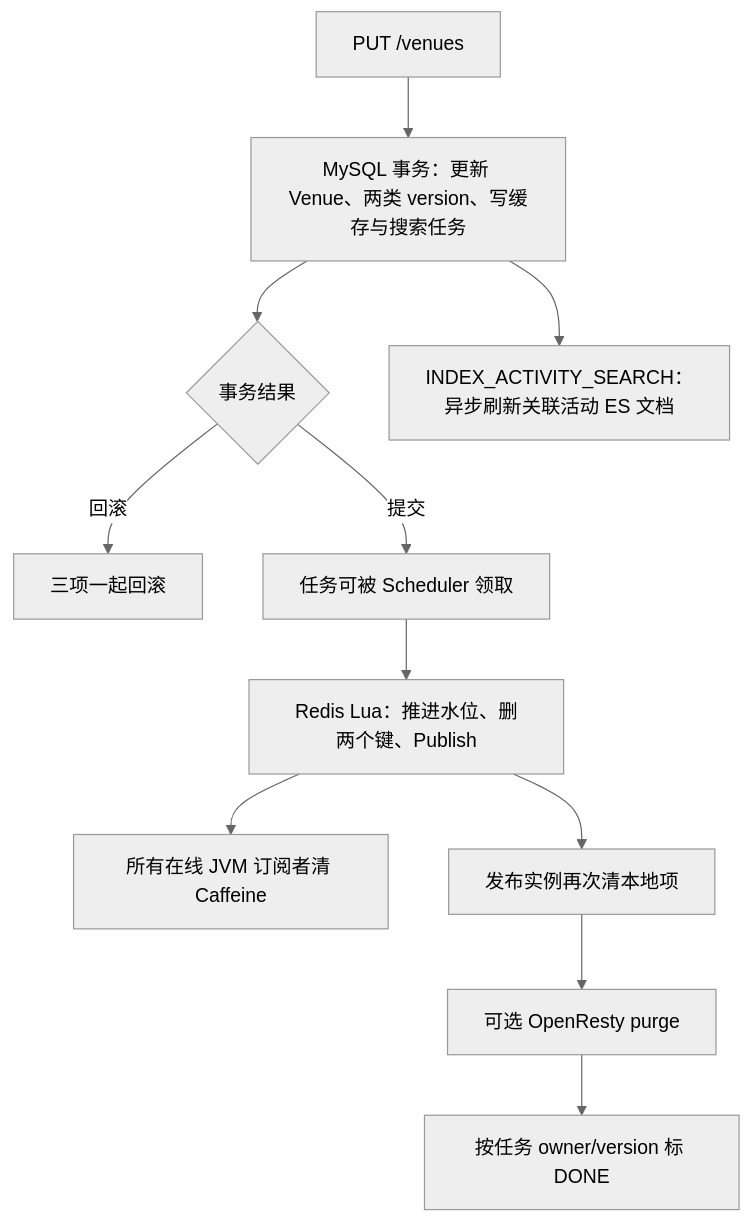
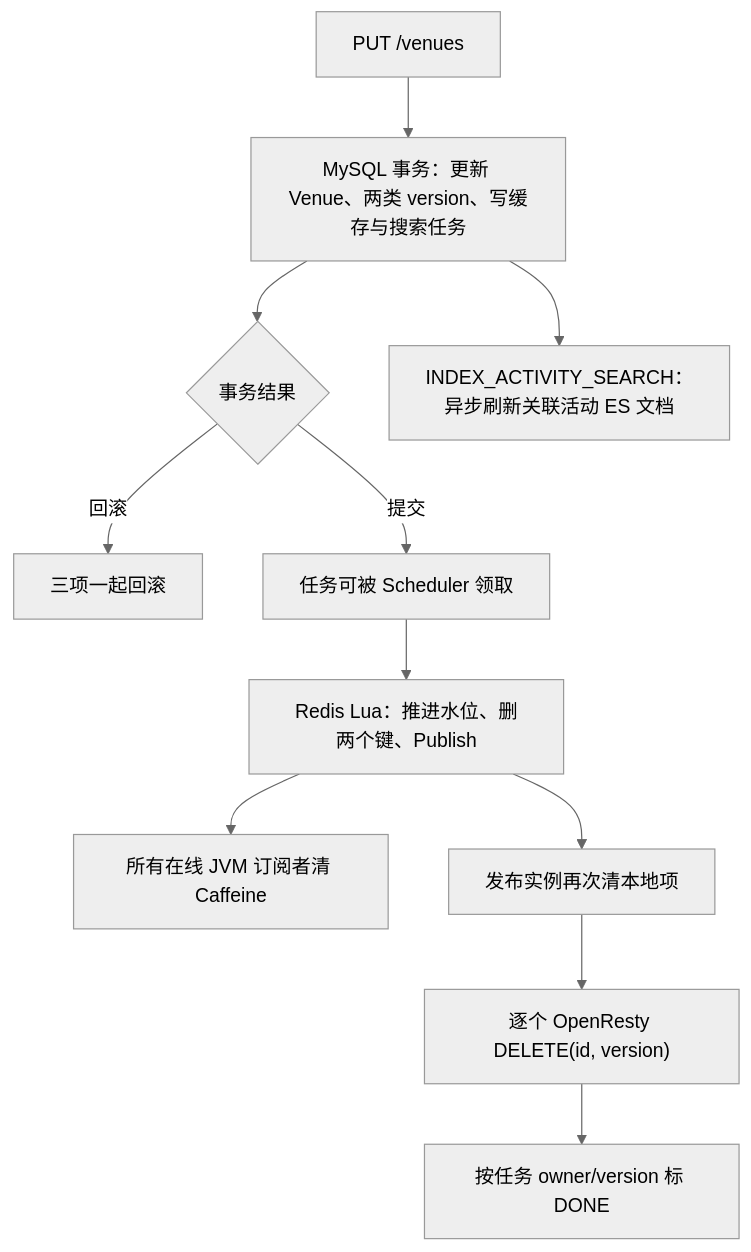
Diagram 11 of 14 in 04-最终一致性与缓存治理.md (SyH-101/citypass-platform), drawn with Mermaid (neutral theme) before and after one commit. The commit also changed other lines of this file and 27 other files, not shown here.

````diff
--- a/04-最终一致性与缓存治理.md
+++ b/04-最终一致性与缓存治理.md
@@ -908,13 +1012,13 @@
 ```mermaid
 flowchart TD
     A["PUT /venues"] --> B["MySQL 事务：更新 Venue、两类 version、写缓存与搜索任务"]
     B --> C{"事务结果"}
     C -->|回滚| D["三项一起回滚"]
     C -->|提交| E["任务可被 Scheduler 领取"]
     E --> F["Redis Lua：推进水位、删两个键、Publish"]
     F --> G["所有在线 JVM 订阅者清 Caffeine"]
     F --> H["发布实例再次清本地项"]
-    H --> I["可选 OpenResty purge"]
+    H --> I["逐个 OpenResty DELETE(id, version)"]
     I --> J["按任务 owner/version 标 DONE"]
     B --> K["INDEX_ACTIVITY_SEARCH：异步刷新关联活动 ES 文档"]
 ```
````
